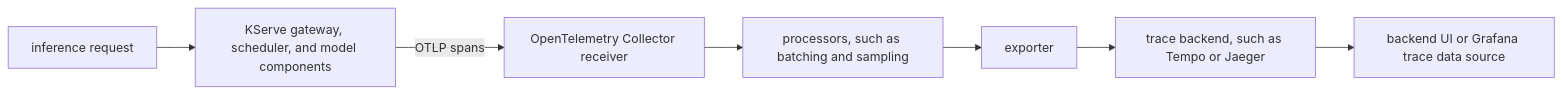
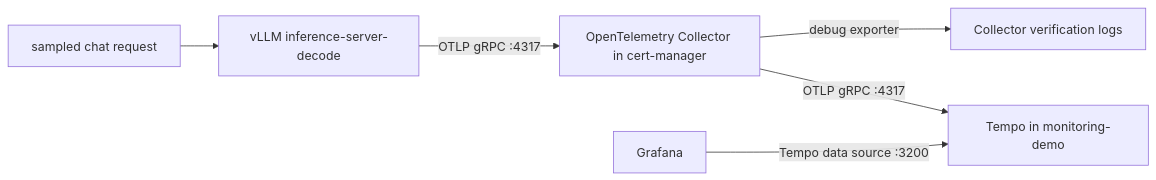
One commit to atharvamhaske/kserve-demo changed the sixth of 6 diagrams in docs/kubernetes-and-vllm-observability.md. Above: the diagram before and after it, drawn with Mermaid. The commit also changed other lines of this file, not shown here.

````diff
--- a/docs/kubernetes-and-vllm-observability.md
+++ b/docs/kubernetes-and-vllm-observability.md
@@ -397,9 +591,8 @@
 ```mermaid
 flowchart LR
-    Req["inference request"] --> Parts["KServe gateway, scheduler, and model components"]
-    Parts -->|OTLP spans| Recv["OpenTelemetry Collector receiver"]
-    Recv --> Proc["processors, such as batching and sampling"]
-    Proc --> Exp["exporter"]
-    Exp --> Store["trace backend, such as Tempo or Jaeger"]
-    Store --> UI["backend UI or Grafana trace data source"]
+    Req["sampled chat request"] --> V["vLLM inference-server-decode"]
+    V -->|OTLP gRPC :4317| C["OpenTelemetry Collector in cert-manager"]
+    C -->|debug exporter| Logs["Collector verification logs"]
+    C -->|OTLP gRPC :4317| T["Tempo in monitoring-demo"]
+    G["Grafana"] -->|Tempo data source :3200| T
 ```
````
